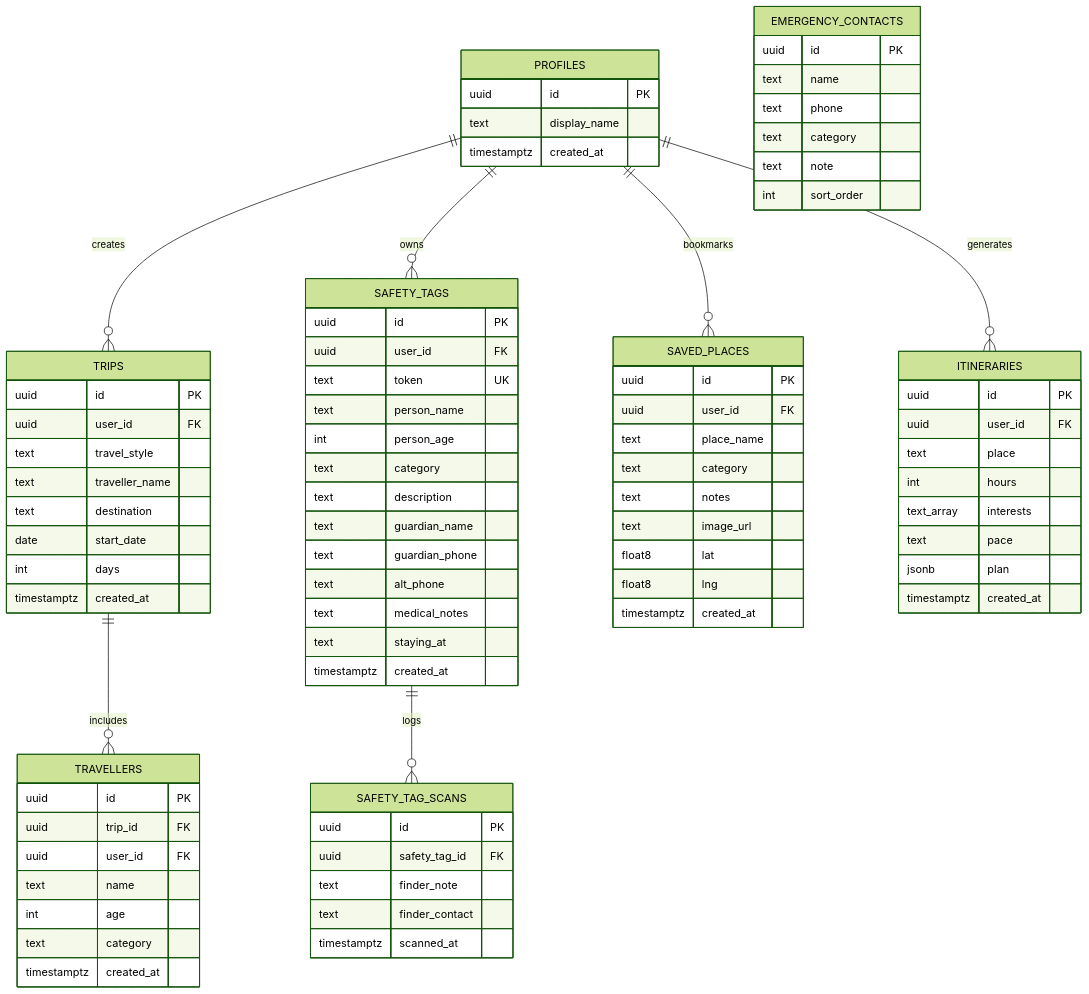
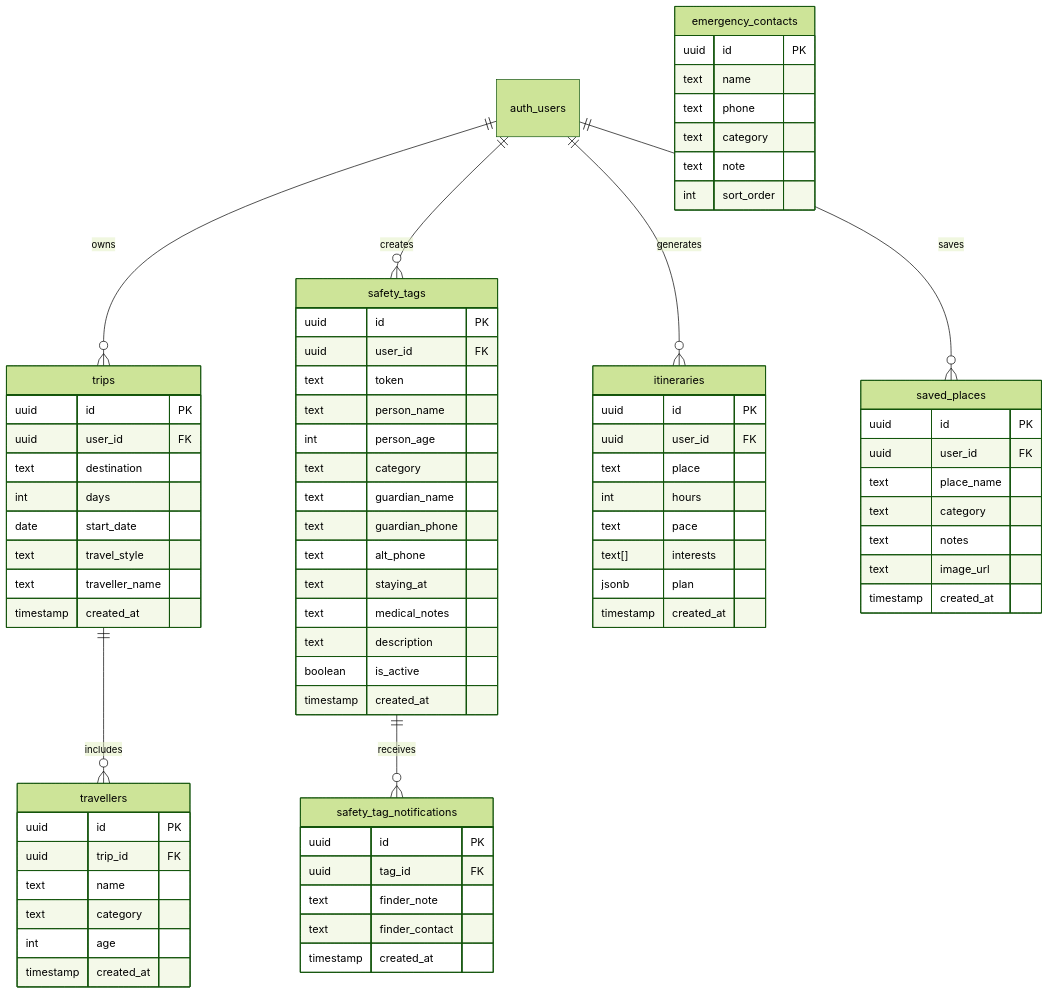
Before and after one commit to Prajj11/Ideas: the diagram in information.md, drawn with Mermaid (forest theme). The commit also changed other lines of this file, not shown here.

Commit message:
docs: update comprehensive technical documentation with all system architecture and modules

````diff
--- a/information.md
+++ b/information.md
@@ -69,80 +58,79 @@
 ```mermaid
 erDiagram
-    PROFILES ||--o{ TRIPS : creates
-    TRIPS ||--o{ TRAVELLERS : includes
-    PROFILES ||--o{ SAFETY_TAGS : owns
-    SAFETY_TAGS ||--o{ SAFETY_TAG_SCANS : logs
-    PROFILES ||--o{ SAVED_PLACES : bookmarks
-    PROFILES ||--o{ ITINERARIES : generates
+    auth_users ||--o{ trips : "owns"
+    auth_users ||--o{ safety_tags : "creates"
+    auth_users ||--o{ itineraries : "generates"
+    auth_users ||--o{ saved_places : "saves"
+    trips ||--o{ travellers : "includes"
+    safety_tags ||--o{ safety_tag_notifications : "receives"
 
-    PROFILES {
-        uuid id PK
-        text display_name
-        timestamptz created_at
-    }
-    TRIPS {
+    trips {
         uuid id PK
         uuid user_id FK
+        text destination
+        int days
+        date start_date
         text travel_style
         text traveller_name
-        text destination
-        date start_date
-        int days
-        timestamptz created_at
+        timestamp created_at
     }
-    TRAVELLERS {
+
+    travellers {
         uuid id PK
         uuid trip_id FK
-        uuid user_id FK
         text name
+        text category
         int age
-        text category
-        timestamptz created_at
+        timestamp created_at
     }
-    SAFETY_TAGS {
+
+    safety_tags {
         uuid id PK
         uuid user_id FK
-        text token UK
+        text token
         text person_name
         int person_age
         text category
-        text description
         text guardian_name
         text guardian_phone
         text alt_phone
+        text staying_at
         text medical_notes
-        text staying_at
-        timestamptz created_at
+        text description
+        boolean is_active
+        timestamp created_at
     }
-    SAFETY_TAG_SCANS {
+
+    safety_tag_notifications {
         uuid id PK
-        uuid safety_tag_id FK
+        uuid tag_id FK
         text finder_note
         text finder_contact
-        timestamptz scanned_at
+        timestamp created_at
     }
-    SAVED_PLACES {
+
+    saved_places {
         uuid id PK
         uuid user_id FK
         text place_name
         text category
         text notes
         text image_url
-        float8 lat
-        float8 lng
-        timestamptz created_at
+        timestamp created_at
     }
-    ITINERARIES {
+
+    itineraries {
         uuid id PK
         uuid user_id FK
         text place
         int hours
-        text_array interests
         text pace
+        text[] interests
         jsonb plan
-        timestamptz created_at
+        timestamp created_at
     }
-    EMERGENCY_CONTACTS {
+
+    emergency_contacts {
         uuid id PK
         text name
         text phone
````
